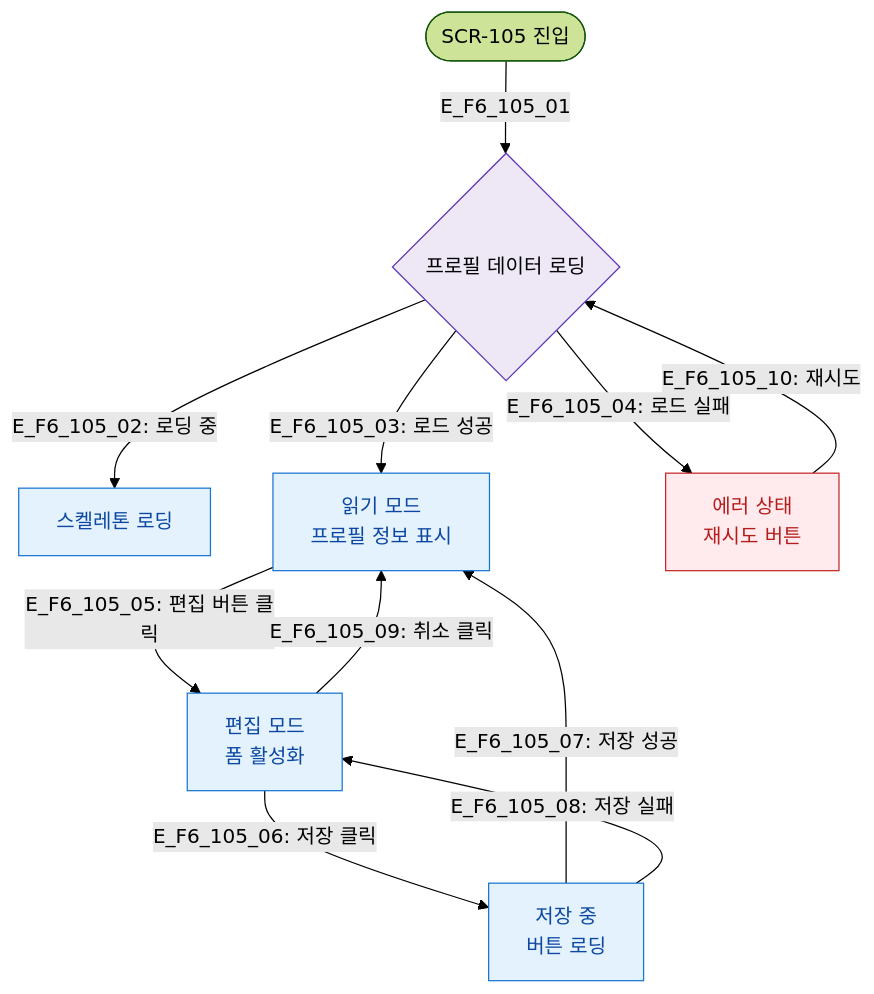
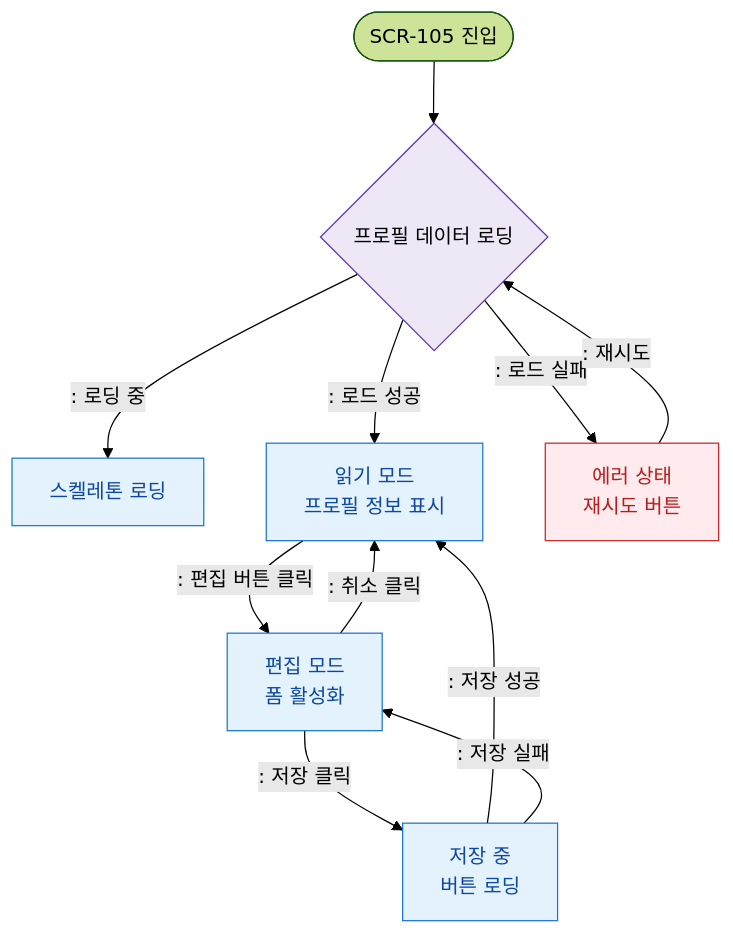
Before and after one commit to dev-spogym/admin-pando: the diagram in docs/다이어그램/D01_공통/SCR-105_프로필_계정/F6_상태별.md, drawn with Mermaid (forest theme). The commit also changed other lines of this file and 1660 other files, not shown here.

First line of the commit message:
다이어그램: 기획자/클라이언트 납품본으로 정리

````diff
--- a/docs/다이어그램/D01_공통/SCR-105_프로필_계정/F6_상태별.md
+++ b/docs/다이어그램/D01_공통/SCR-105_프로필_계정/F6_상태별.md
@@ -19,23 +17,23 @@
 ```mermaid
 flowchart TD
-    ENTER([SCR-105 진입]) -->|E_F6_105_01| LOADING{프로필 데이터 로딩}
+    ENTER([SCR-105 진입]) --> LOADING{프로필 데이터 로딩}
 
-    LOADING -->|"E_F6_105_02: 로딩 중"| STATE_LOADING[스켈레톤 로딩]
-    LOADING -->|"E_F6_105_03: 로드 성공"| STATE_VIEW[읽기 모드\n프로필 정보 표시]
-    LOADING -->|"E_F6_105_04: 로드 실패"| STATE_ERROR[에러 상태\n재시도 버튼]
+    LOADING -->|": 로딩 중"|STATE_LOADING[스켈레톤 로딩]
+    LOADING -->|": 로드 성공"|STATE_VIEW[읽기 모드\n프로필 정보 표시]
+    LOADING -->|": 로드 실패"|STATE_ERROR[에러 상태\n재시도 버튼]
 
-    STATE_VIEW -->|"E_F6_105_05: 편집 버튼 클릭"| STATE_EDIT[편집 모드\n폼 활성화]
-    STATE_EDIT -->|"E_F6_105_06: 저장 클릭"| STATE_SAVING[저장 중\n버튼 로딩]
-    STATE_SAVING -->|"E_F6_105_07: 저장 성공"| STATE_VIEW
-    STATE_SAVING -->|"E_F6_105_08: 저장 실패"| STATE_EDIT
-    STATE_EDIT -->|"E_F6_105_09: 취소 클릭"| STATE_VIEW
+    STATE_VIEW -->|": 편집 버튼 클릭"|STATE_EDIT[편집 모드\n폼 활성화]
+    STATE_EDIT -->|": 저장 클릭"|STATE_SAVING[저장 중\n버튼 로딩]
+    STATE_SAVING -->|": 저장 성공"|STATE_VIEW
+    STATE_SAVING -->|": 저장 실패"|STATE_EDIT
+    STATE_EDIT -->|": 취소 클릭"|STATE_VIEW
 
-    STATE_ERROR -->|"E_F6_105_10: 재시도"| LOADING
+    STATE_ERROR -->|": 재시도"|LOADING
 
-    classDef screen  fill:#E3F2FD,stroke:#1976D2,color:#0D47A1
-    classDef error   fill:#FFEBEE,stroke:#C62828,color:#B71C1C
-    classDef system  fill:#EDE7F6,stroke:#5E35B2
+    classDef screen fill:#E3F2FD,stroke:#1976D2,color:#0D47A1
+    classDef error fill:#FFEBEE,stroke:#C62828,color:#B71C1C
+    classDef system fill:#EDE7F6,stroke:#5E35B2
     class STATE_VIEW,STATE_EDIT,STATE_LOADING,STATE_SAVING screen
     class STATE_ERROR error
     class LOADING system
 ```
````
